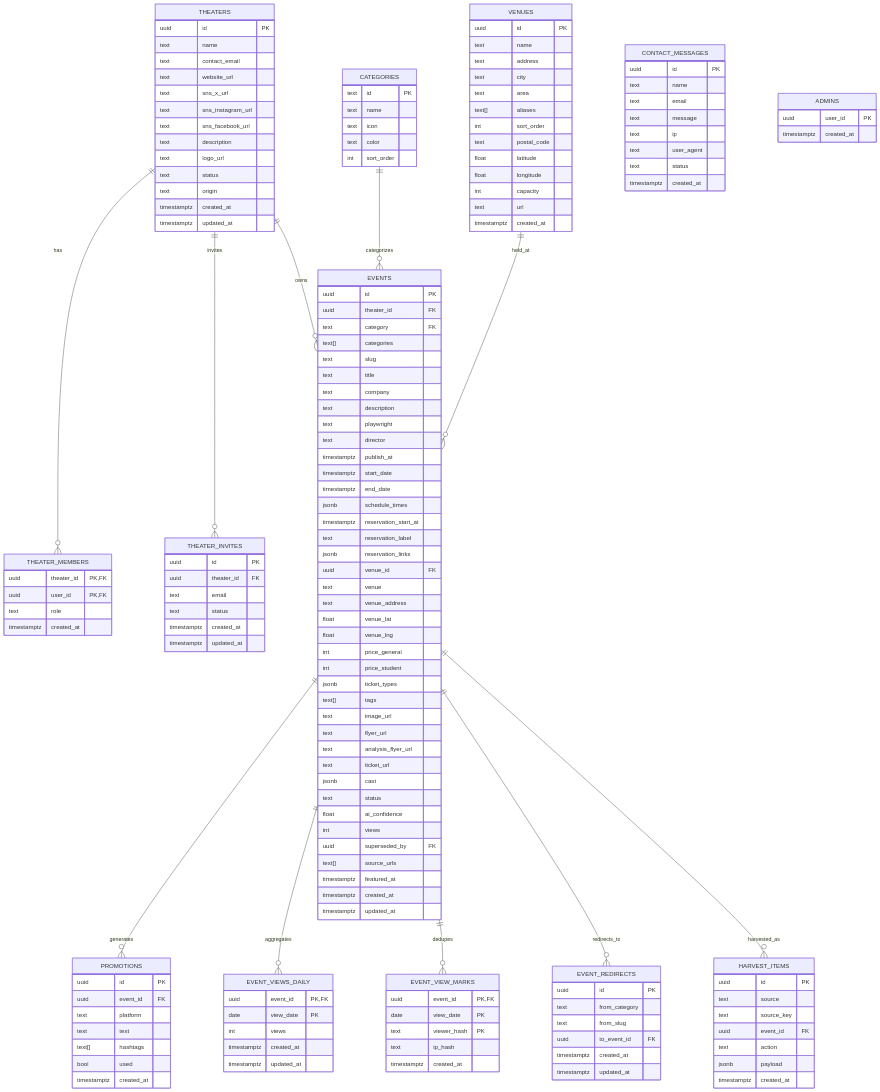
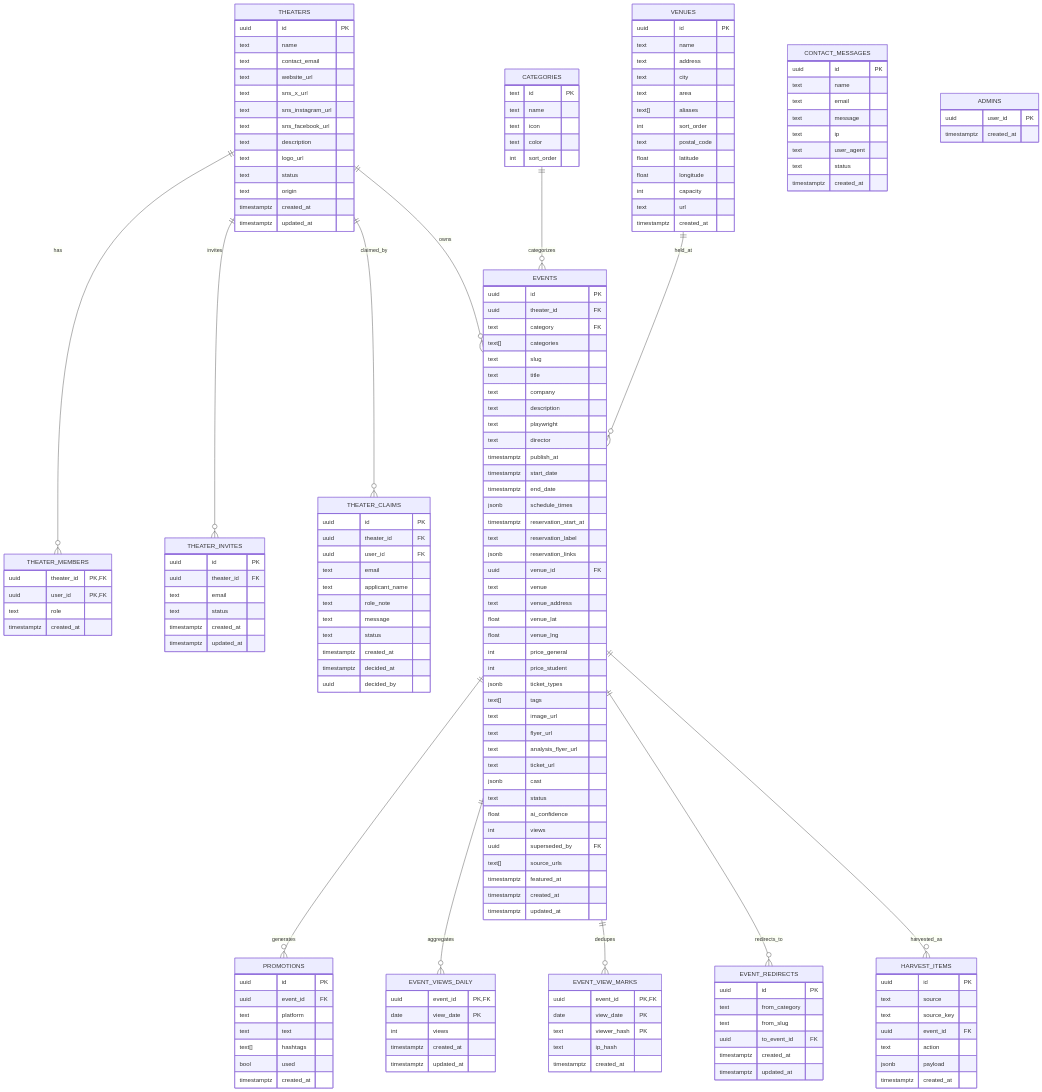
Before and after one commit to aki6517/Portal-site: the diagram in docs/03_database.md, drawn with Mermaid. The commit also changed other lines of this file and 16 other files, not shown here.

```diff
--- a/docs/03_database.md
+++ b/docs/03_database.md
@@ -48,6 +49,7 @@
 erDiagram
     THEATERS ||--o{ THEATER_MEMBERS : has
     THEATERS ||--o{ THEATER_INVITES : invites
+    THEATERS ||--o{ THEATER_CLAIMS : claimed_by
     THEATERS ||--o{ EVENTS : owns
 
     CATEGORIES ||--o{ EVENTS : categorizes
@@ -105,6 +107,20 @@
       text status
       timestamptz created_at
       timestamptz updated_at
+    }
+
+    THEATER_CLAIMS {
+      uuid id PK
+      uuid theater_id FK
+      uuid user_id FK
+      text email
+      text applicant_name
+      text role_note
+      text message
+      text status
+      timestamptz created_at
+      timestamptz decided_at
+      uuid decided_by
     }
 
     EVENTS {
```
